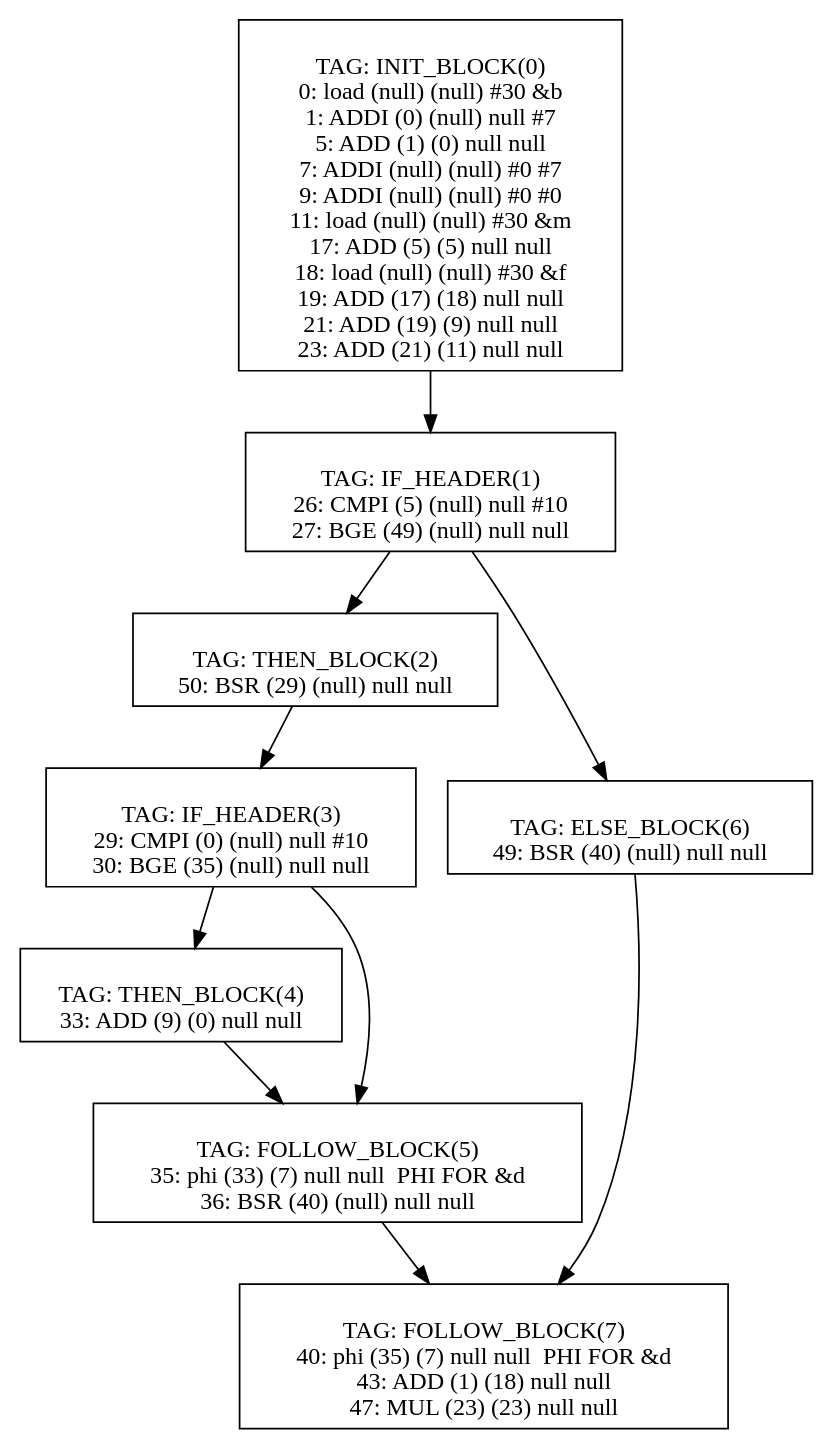
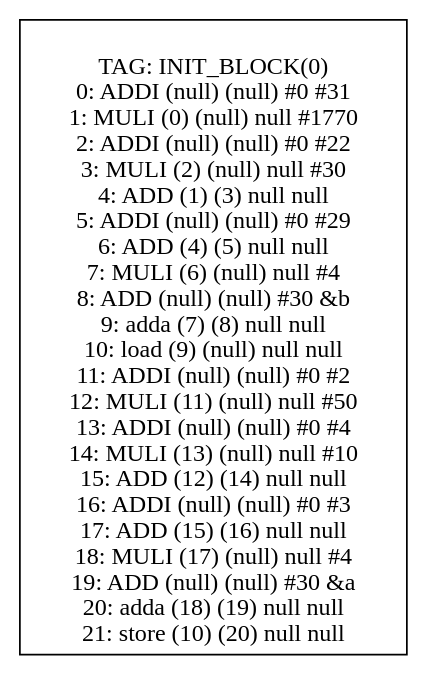
The diagram in Compiler/graph.dot (mbajaj92/Project-Astoria), drawn with Graphviz before and after one commit. The commit also changed 152 other files, not shown here.

```diff
--- a/Compiler/graph.dot
+++ b/Compiler/graph.dot
@@ -1,66 +1,28 @@
 digraph {
 0[label="
 TAG: INIT_BLOCK(0)
-0: load (null) (null) #30 &b
-1: ADDI (0) (null) null #7
-5: ADD (1) (0) null null
-7: ADDI (null) (null) #0 #7
-9: ADDI (null) (null) #0 #0
-11: load (null) (null) #30 &m
-17: ADD (5) (5) null null
-18: load (null) (null) #30 &f
-19: ADD (17) (18) null null
-21: ADD (19) (9) null null
-23: ADD (21) (11) null null
+0: ADDI (null) (null) #0 #31
+1: MULI (0) (null) null #1770
+2: ADDI (null) (null) #0 #22
+3: MULI (2) (null) null #30
+4: ADD (1) (3) null null
+5: ADDI (null) (null) #0 #29
+6: ADD (4) (5) null null
+7: MULI (6) (null) null #4
+8: ADD (null) (null) #30 &b
+9: adda (7) (8) null null
+10: load (9) (null) null null
+11: ADDI (null) (null) #0 #2
+12: MULI (11) (null) null #50
+13: ADDI (null) (null) #0 #4
+14: MULI (13) (null) null #10
+15: ADD (12) (14) null null
+16: ADDI (null) (null) #0 #3
+17: ADD (15) (16) null null
+18: MULI (17) (null) null #4
+19: ADD (null) (null) #30 &a
+20: adda (18) (19) null null
+21: store (10) (20) null null
 "];
 0[shape=box];
-0 -> 1
-1[label="
-TAG: IF_HEADER(1)
-26: CMPI (5) (null) null #10
-27: BGE (49) (null) null null
-"];
-1[shape=box];
-1 -> 2
-1 -> 6
-2[label="
-TAG: THEN_BLOCK(2)
-50: BSR (29) (null) null null
-"];
-2[shape=box];
-2 -> 3
-3[label="
-TAG: IF_HEADER(3)
-29: CMPI (0) (null) null #10
-30: BGE (35) (null) null null
-"];
-3[shape=box];
-3 -> 4
-3 -> 5
-4[label="
-TAG: THEN_BLOCK(4)
-33: ADD (9) (0) null null
-"];
-4[shape=box];
-4 -> 5
-5[label="
-TAG: FOLLOW_BLOCK(5)
-35: phi (33) (7) null null  PHI FOR &d
-36: BSR (40) (null) null null
-"];
-5[shape=box];
-5 -> 7
-6[label="
-TAG: ELSE_BLOCK(6)
-49: BSR (40) (null) null null
-"];
-6[shape=box];
-6 -> 7
-7[label="
-TAG: FOLLOW_BLOCK(7)
-40: phi (35) (7) null null  PHI FOR &d
-43: ADD (1) (18) null null
-47: MUL (23) (23) null null
-"];
-7[shape=box];
 }
```
